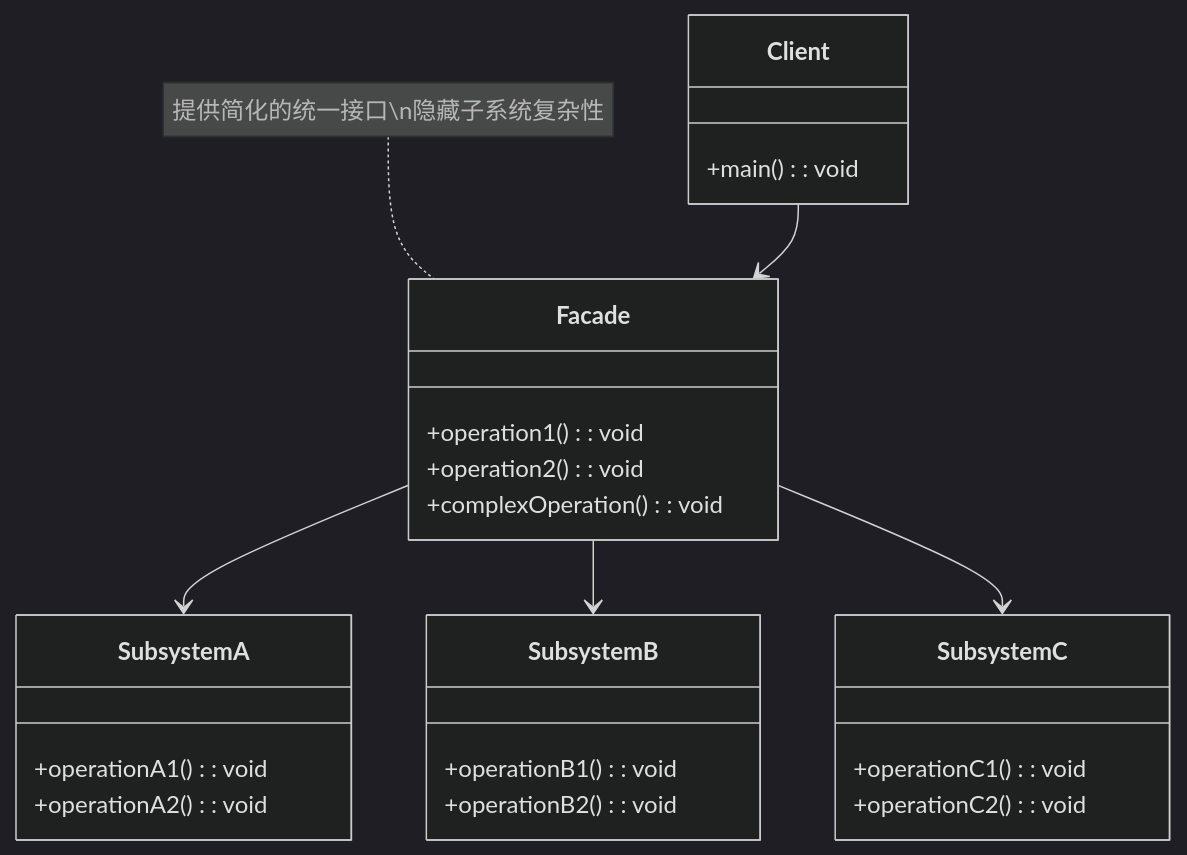
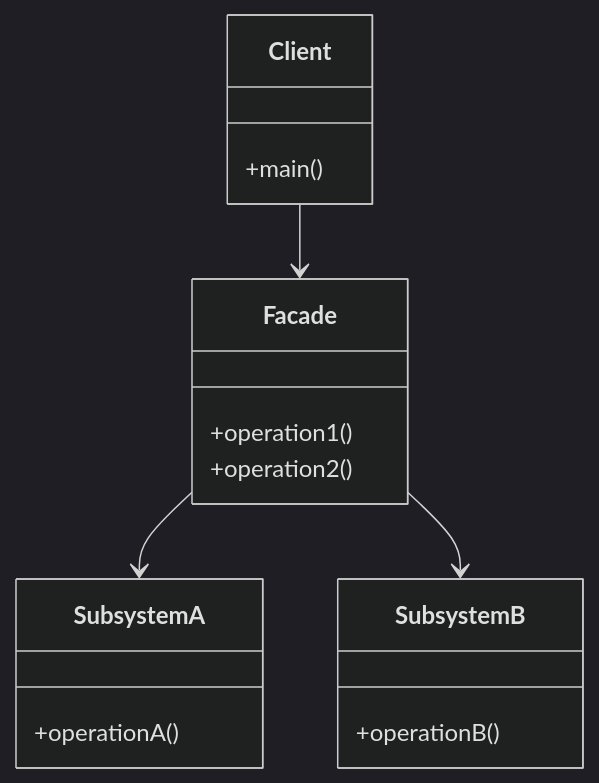
The first of 4 diagrams in resources/design-patterns/laravel/structural/facade_zh.md (fanly/DesignPattern), drawn with Mermaid (dark theme) before and after one commit. The commit also changed other lines of this file and 103 other files, not shown here.

````diff
--- a/resources/design-patterns/laravel/structural/facade_zh.md
+++ b/resources/design-patterns/laravel/structural/facade_zh.md
@@ -10,34 +10,23 @@
 ```mermaid
 classDiagram
     class Facade {
-        +operation1(): void
-        +operation2(): void
-        +complexOperation(): void
+        +operation1()
+        +operation2()
     }
     
     class SubsystemA {
-        +operationA1(): void
-        +operationA2(): void
+        +operationA()
     }
     
     class SubsystemB {
-        +operationB1(): void
-        +operationB2(): void
-    }
-    
-    class SubsystemC {
-        +operationC1(): void
-        +operationC2(): void
+        +operationB()
     }
     
     class Client {
-        +main(): void
+        +main()
     }
     
     Client --> Facade
     Facade --> SubsystemA
     Facade --> SubsystemB
-    Facade --> SubsystemC
-    
-    note for Facade "提供简化的统一接口\n隐藏子系统复杂性"
 ```
````
